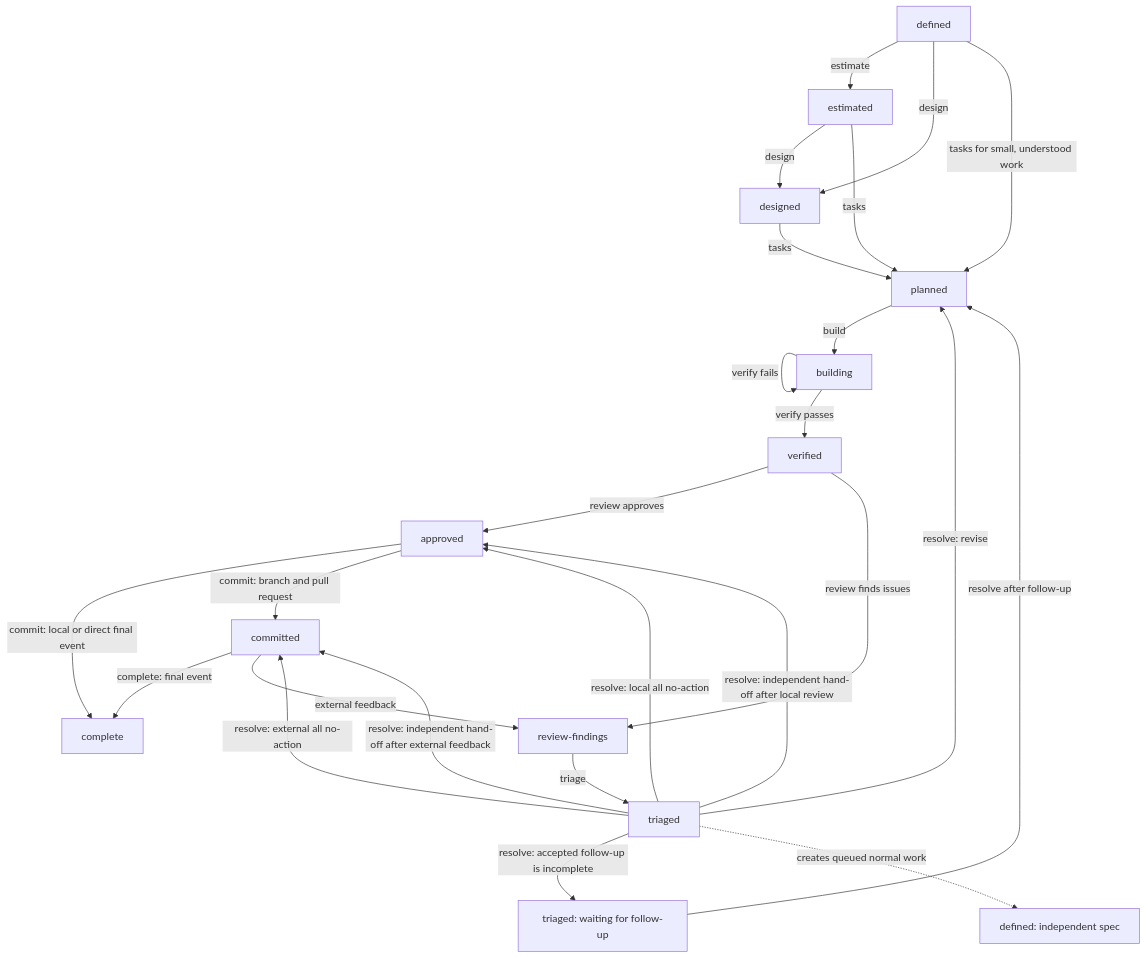
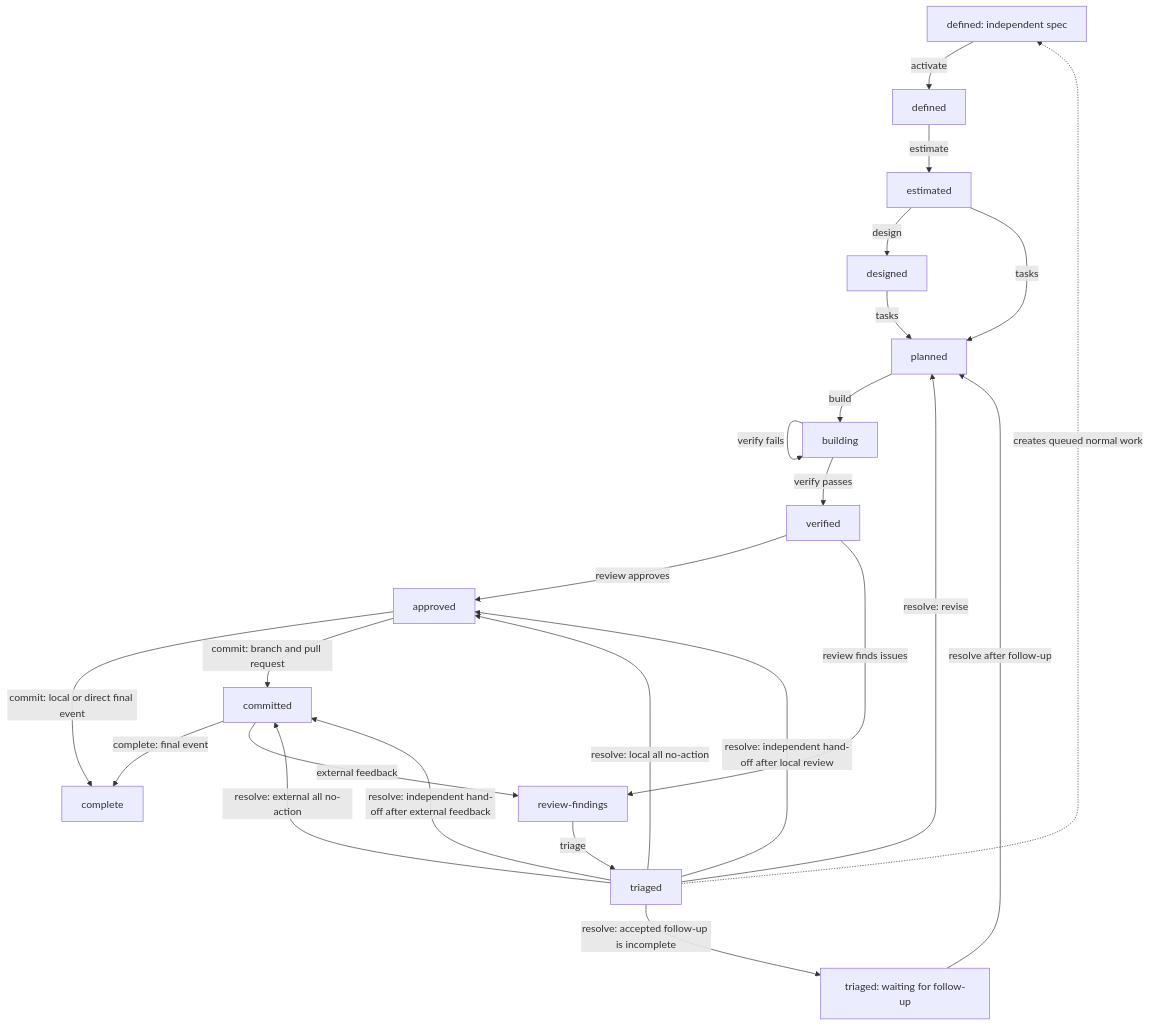
Before and after one commit to deeprave/specle: the first of 3 diagrams in LIFECYCLE.md, drawn with Mermaid. The commit also changed other lines of this file and 37 other files, not shown here.

````diff
--- a/LIFECYCLE.md
+++ b/LIFECYCLE.md
@@ -71,28 +72,27 @@
 ```mermaid
 flowchart TB
+  queued_defined[queued defined] -->|activate| defined
   defined -->|estimate| estimated
-  defined -->|design| designed
-  defined -->|tasks for small, understood work| planned
   estimated -->|design| designed
   estimated -->|tasks| planned
   designed -->|tasks| planned
   planned -->|build| building
   building -->|build| building
   building -->|verify passes| verified
   building -->|verify fails| building
   verified -->|review approves| approved
   approved -->|commit: local or direct final event| complete
   approved -->|commit: branch and pull request| committed
   committed -->|complete: final event| complete
   committed -->|external feedback| review_findings
   verified -->|review finds issues| review_findings[review-findings]
   review_findings -->|triage| triaged
   triaged -->|resolve: revise| planned
   triaged -->|resolve: accepted follow-up is incomplete| waiting[triaged: waiting for follow-up]
   waiting -->|resolve after follow-up| planned
   triaged -->|resolve: local all no-action| approved
   triaged -->|resolve: external all no-action| committed
   triaged -->|resolve: independent hand-off after local review| approved
   triaged -->|resolve: independent hand-off after external feedback| committed
   triaged -.->|creates queued normal work| queued_defined[defined: independent spec]
 ```
````
